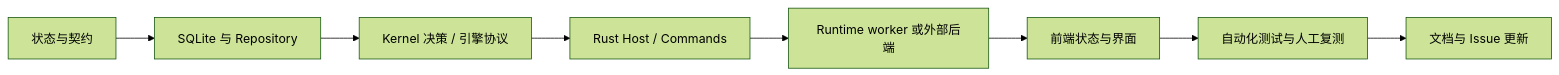
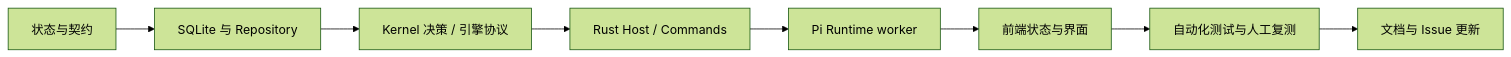
Before and after one commit to Hry1729/Fox-Agent: the diagram in docs/05-开发指南/开发工作流.md, drawn with Mermaid (forest theme). The commit also changed other lines of this file and 95 other files, not shown here.

````diff
--- a/docs/05-开发指南/开发工作流.md
+++ b/docs/05-开发指南/开发工作流.md
@@ -37,10 +37,10 @@
 ```mermaid
 flowchart LR
   Contract["状态与契约"] --> Data["SQLite 与 Repository"]
   Data --> Kernel["Kernel 决策 / 引擎协议"]
   Kernel --> Host["Rust Host / Commands"]
-  Host --> Runtime["Runtime worker 或外部后端"]
+  Host --> Runtime["Pi Runtime worker"]
   Runtime --> UI["前端状态与界面"]
   UI --> Verify["自动化测试与人工复测"]
   Verify --> Docs["文档与 Issue 更新"]
 ```
````
